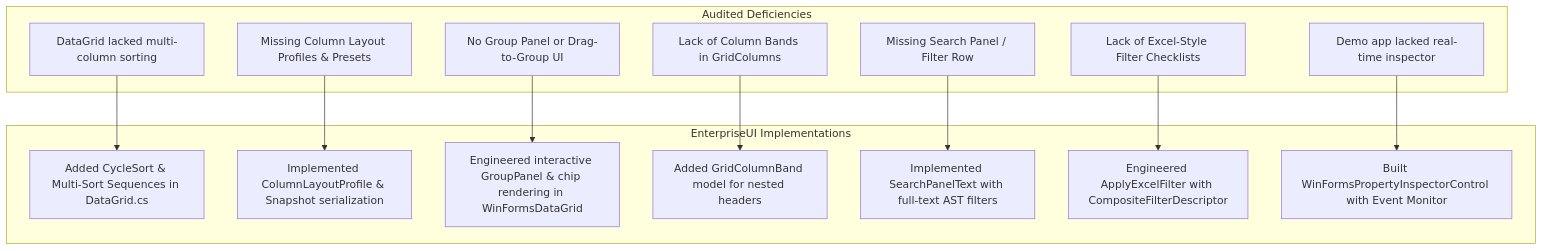
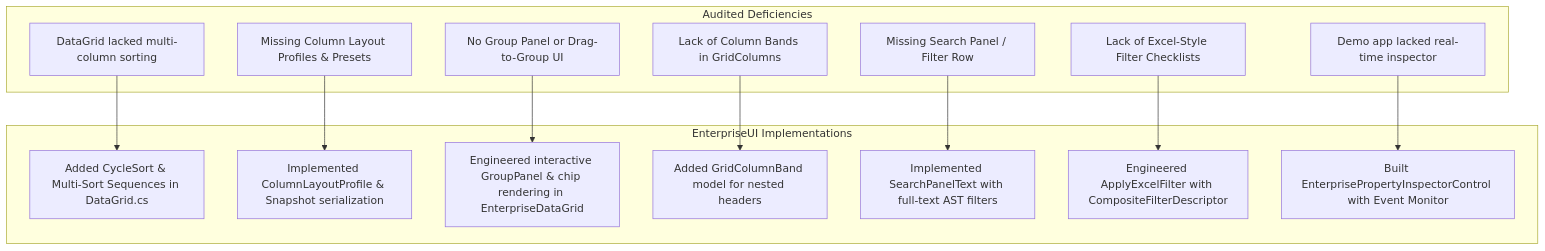
One commit to muhammad-aftab93/EnterpriseUI changed the second of 2 diagrams in docs/Architecture/CompetitiveAuditAndExcellenceRoadmap.md. Above: the diagram before and after it, drawn with Mermaid. The commit also changed other lines of this file and 93 other files, not shown here.

First line of the commit message:
Refactor control names to include "Enterprise" prefix for consistency and clarity

````diff
--- a/docs/Architecture/CompetitiveAuditAndExcellenceRoadmap.md
+++ b/docs/Architecture/CompetitiveAuditAndExcellenceRoadmap.md
@@ -144,30 +144,30 @@
 ```mermaid
 flowchart TD
     subgraph Gaps["Audited Deficiencies"]
         G1[DataGrid lacked multi-column sorting]
         G2[Missing Column Layout Profiles & Presets]
         G3[No Group Panel or Drag-to-Group UI]
         G4[Lack of Column Bands in GridColumns]
         G5[Missing Search Panel / Filter Row]
         G6[Lack of Excel-Style Filter Checklists]
         G7[Demo app lacked real-time inspector]
     end
 
     subgraph Solutions["EnterpriseUI Implementations"]
         S1[Added CycleSort & Multi-Sort Sequences in DataGrid.cs]
         S2[Implemented ColumnLayoutProfile & Snapshot serialization]
-        S3[Engineered interactive GroupPanel & chip rendering in WinFormsDataGrid]
+        S3[Engineered interactive GroupPanel & chip rendering in EnterpriseDataGrid]
         S4[Added GridColumnBand model for nested headers]
         S5[Implemented SearchPanelText with full-text AST filters]
         S6[Engineered ApplyExcelFilter with CompositeFilterDescriptor]
-        S7[Built WinFormsPropertyInspectorControl with Event Monitor]
+        S7[Built EnterprisePropertyInspectorControl with Event Monitor]
     end
 
     G1 --> S1
     G2 --> S2
     G3 --> S3
     G4 --> S4
     G5 --> S5
     G6 --> S6
     G7 --> S7
 ```
````
